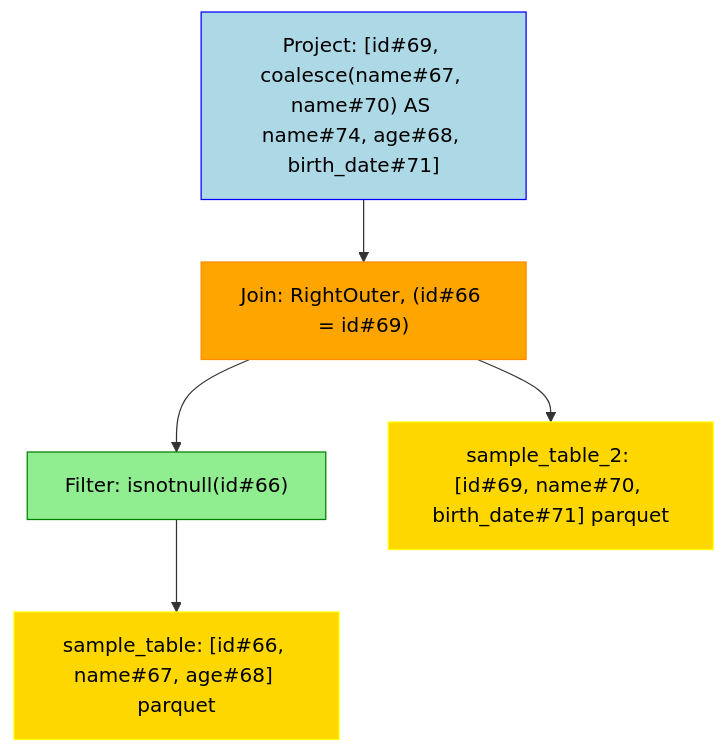
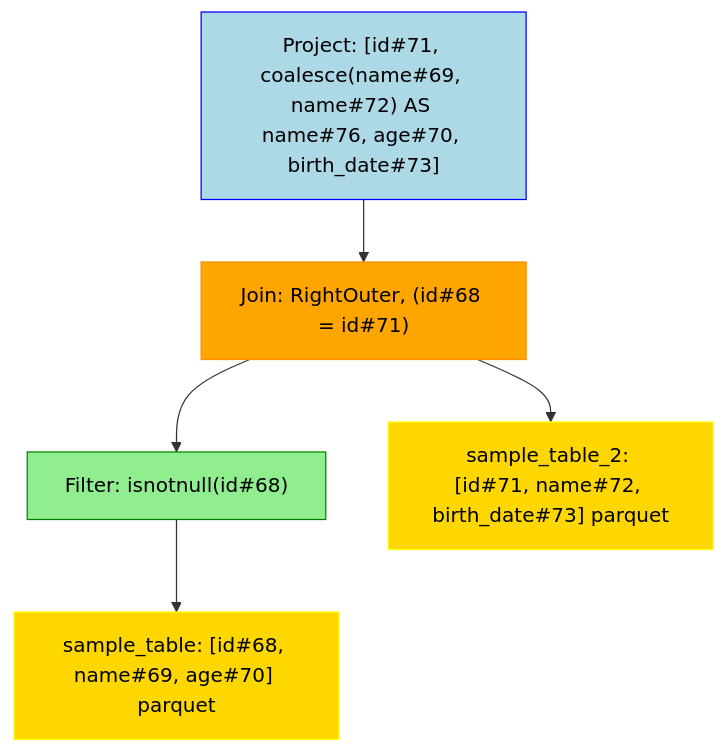
One commit to NielkNetraam/explainalyzed changed the diagram in data/visualization/join_right.mmd. Above: the diagram before and after it, drawn with Mermaid. The commit also changed 54 other files, not shown here.

```diff
--- a/data/visualization/join_right.mmd
+++ b/data/visualization/join_right.mmd
@@ -1,19 +1,19 @@
 flowchart TD
     classDef PROJECT stroke:Blue,fill:LightBlue,color:black
     classDef FILTER stroke:Green,fill:LightGreen,color:black
     classDef UNION stroke:Purple,fill:Violet,color:black
     classDef JOIN stroke:DarkOrange,fill:Orange,color:black
     classDef RELATION stroke:Yellow,fill:Gold,color:black
     classDef AGGREGATE stroke:Brown,fill:Chocolate,color:black
     classDef WINDOW stroke:Aqua,fill:Cyan,color:black
 
-    Project#1["Project: [id#69, coalesce(name#67, name#70) AS name#74, age#68, birth_date#71]"]:::PROJECT
-    Join#11["Join: RightOuter, (id#66 = id#69)"]:::JOIN
-    Filter#111["Filter: isnotnull(id#66)"]:::FILTER
-    Relation#1111["sample_table: [id#66, name#67, age#68] parquet"]:::RELATION
-    Relation#112["sample_table_2: [id#69, name#70, birth_date#71] parquet"]:::RELATION
+    Project#00001["Project: [id#71, coalesce(name#69, name#72) AS name#76, age#70, birth_date#73]"]:::PROJECT
+    Join#00002["Join: RightOuter, (id#68 = id#71)"]:::JOIN
+    Filter#00003["Filter: isnotnull(id#68)"]:::FILTER
+    Relation#00004["sample_table: [id#68, name#69, age#70] parquet"]:::RELATION
+    Relation#00005["sample_table_2: [id#71, name#72, birth_date#73] parquet"]:::RELATION
 
-    Project#1 --> Join#11
-        Join#11 --> Filter#111
-            Filter#111 --> Relation#1111
-        Join#11 --> Relation#112
+    Project#00001 --> Join#00002
+        Join#00002 --> Filter#00003
+            Filter#00003 --> Relation#00004
+        Join#00002 --> Relation#00005
```
